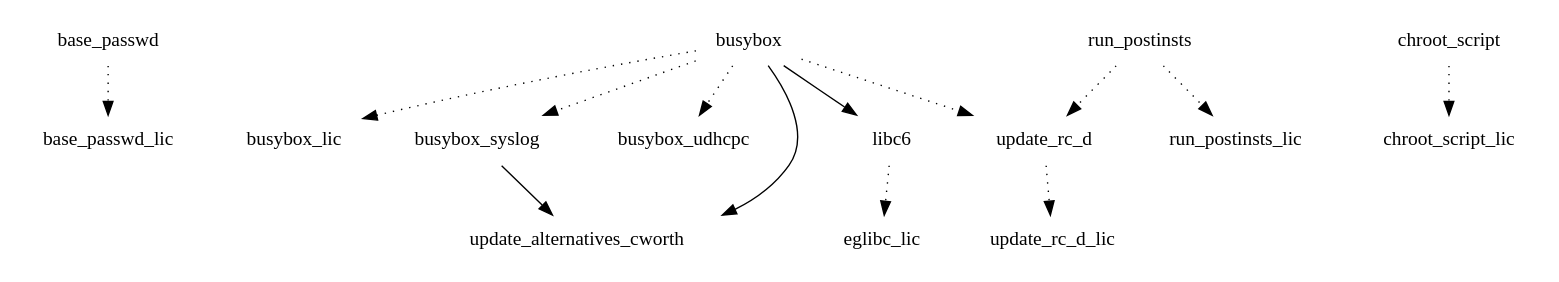
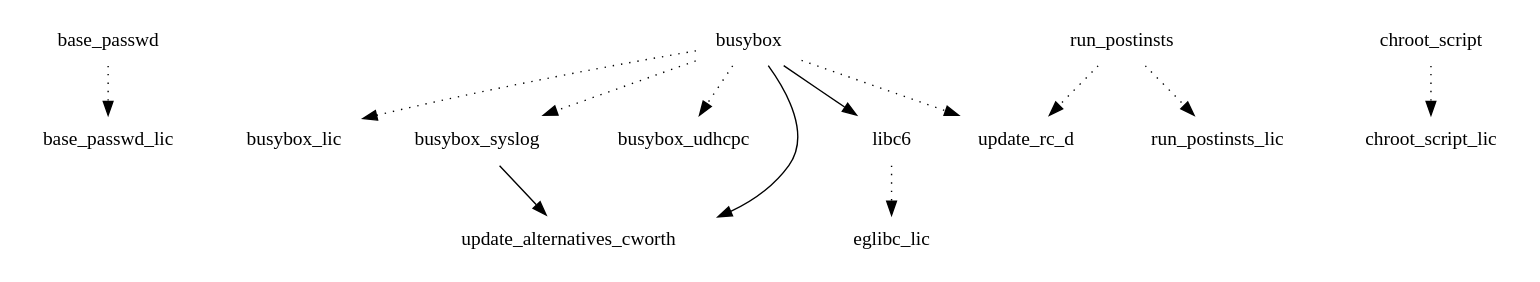
One commit to webOS-ports/buildhistory changed the diagram in images/maguro/eglibc/chroot-image/depends-nokernel.dot. Above: the diagram before and after it, drawn with Graphviz. The commit also changed 19 other files, not shown here.

```diff
--- a/images/maguro/eglibc/chroot-image/depends-nokernel.dot
+++ b/images/maguro/eglibc/chroot-image/depends-nokernel.dot
@@ -1,16 +1,15 @@
 digraph depends {
     node [shape=plaintext]
 base_passwd -> base_passwd_lic [style=dotted];
 busybox -> busybox_lic [style=dotted];
 busybox -> busybox_syslog [style=dotted];
 busybox -> busybox_udhcpc [style=dotted];
 busybox -> libc6;
 busybox -> update_alternatives_cworth;
 busybox -> update_rc_d [style=dotted];
 busybox_syslog -> update_alternatives_cworth;
 chroot_script -> chroot_script_lic [style=dotted];
 libc6 -> eglibc_lic [style=dotted];
 run_postinsts -> run_postinsts_lic [style=dotted];
 run_postinsts -> update_rc_d [style=dotted];
-update_rc_d -> update_rc_d_lic [style=dotted];
 }
```
